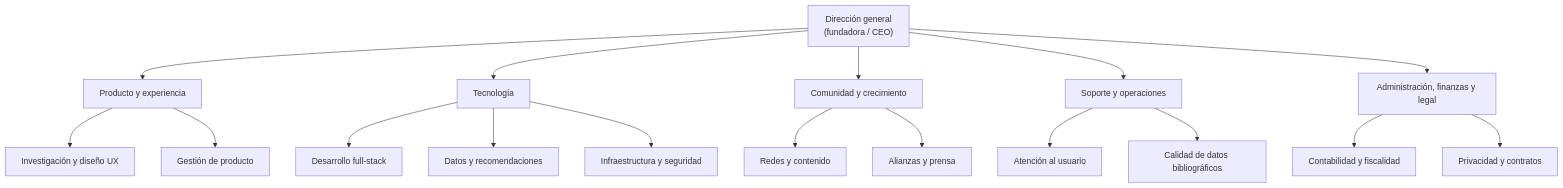
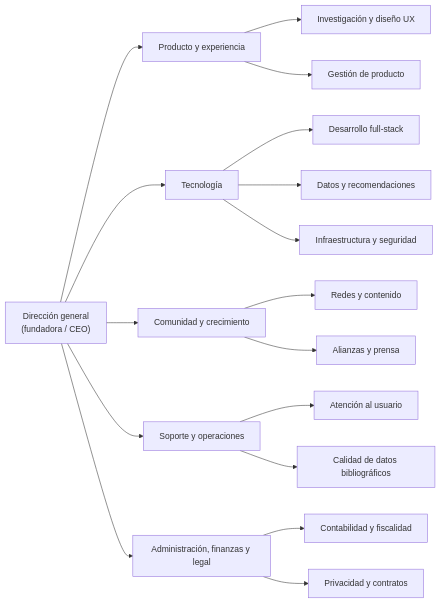
One commit to Cristinald42/proyecto-daw-lorente changed the first of 2 diagrams in docs/01-analisis.md. Above: the diagram before and after it, drawn with Mermaid. The commit also changed other lines of this file and 46 other files, not shown here.

````diff
--- a/docs/01-analisis.md
+++ b/docs/01-analisis.md
@@ -58,25 +58,25 @@
 ```mermaid
-flowchart TD
+flowchart LR
     CEO["Dirección general<br/>(fundadora / CEO)"]
     CEO --> PROD["Producto y experiencia"]
     CEO --> TEC["Tecnología"]
     CEO --> COM["Comunidad y crecimiento"]
     CEO --> SOP["Soporte y operaciones"]
     CEO --> ADM["Administración, finanzas y legal"]
 
     PROD --> UX["Investigación y diseño UX"]
     PROD --> PM["Gestión de producto"]
 
     TEC --> DEV["Desarrollo full-stack"]
     TEC --> DAT["Datos y recomendaciones"]
     TEC --> INF["Infraestructura y seguridad"]
 
     COM --> SOC["Redes y contenido"]
     COM --> PART["Alianzas y prensa"]
 
     SOP --> ATN["Atención al usuario"]
     SOP --> BIB["Calidad de datos bibliográficos"]
 
     ADM --> FIN["Contabilidad y fiscalidad"]
     ADM --> LEG["Privacidad y contratos"]
 ```
````
